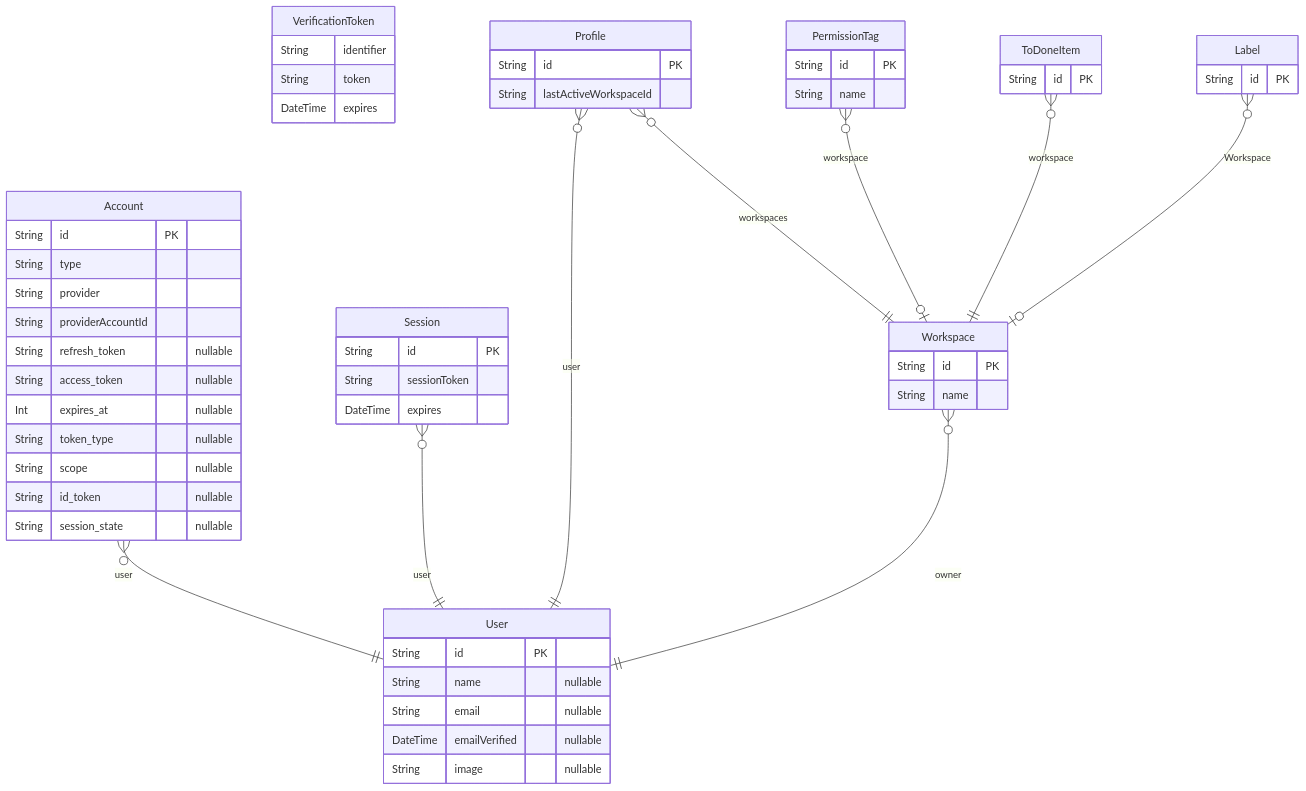
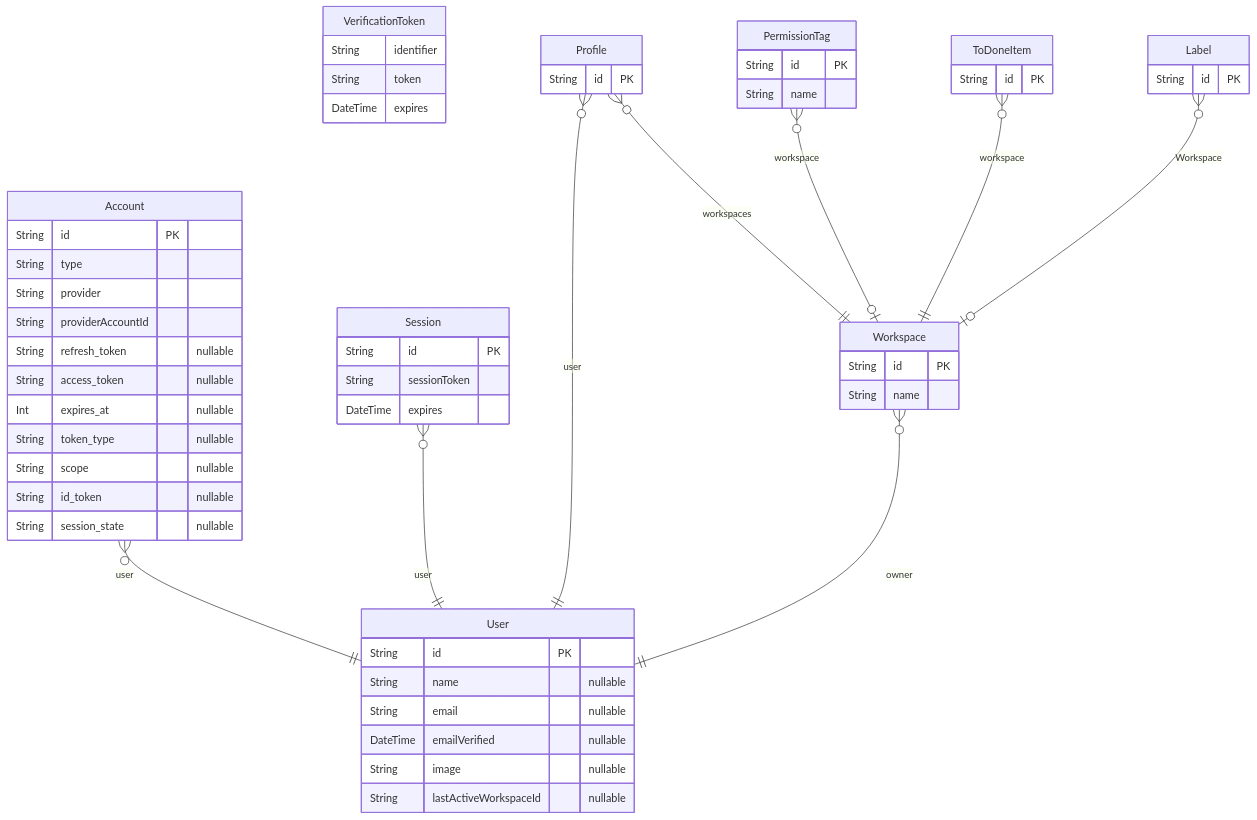
Before and after one commit to idealjs/to-done: the diagram in er-generated.md, drawn with Mermaid. The commit also changed 15 other files, not shown here.

````diff
--- a/er-generated.md
+++ b/er-generated.md
@@ -1,77 +1,77 @@
 ```mermaid
 erDiagram
 
   Account {
     String id PK 
     String type  
     String provider  
     String providerAccountId  
     String refresh_token  "nullable"
     String access_token  "nullable"
     Int expires_at  "nullable"
     String token_type  "nullable"
     String scope  "nullable"
     String id_token  "nullable"
     String session_state  "nullable"
     }
   
 
   Session {
     String id PK 
     String sessionToken  
     DateTime expires  
     }
   
 
   User {
     String id PK 
     String name  "nullable"
     String email  "nullable"
     DateTime emailVerified  "nullable"
     String image  "nullable"
+    String lastActiveWorkspaceId  "nullable"
     }
   
 
   VerificationToken {
     String identifier  
     String token  
     DateTime expires  
     }
   
 
   Profile {
     String id PK 
-    String lastActiveWorkspaceId  
     }
   
 
   PermissionTag {
     String id PK 
     String name  
     }
   
 
   Workspace {
     String id PK 
     String name  
     }
   
 
   ToDoneItem {
     String id PK 
     }
   
 
   Label {
     String id PK 
     }
   
     Account o{--|| User : "user"
     Session o{--|| User : "user"
     Profile o{--|| User : "user"
     Profile o{--|| Workspace : "workspaces"
     PermissionTag o{--|o Workspace : "workspace"
     Workspace o{--|| User : "owner"
     ToDoneItem o{--|| Workspace : "workspace"
     Label o{--|o Workspace : "Workspace"
 ```
````
